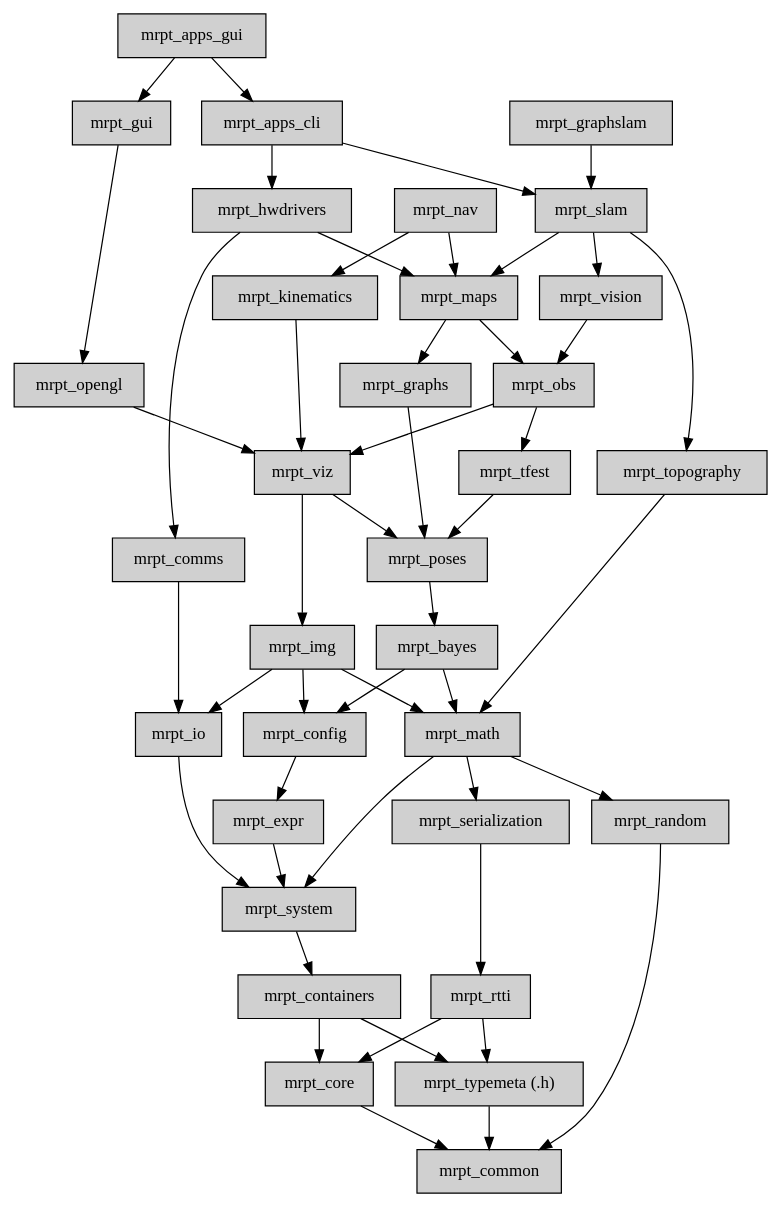
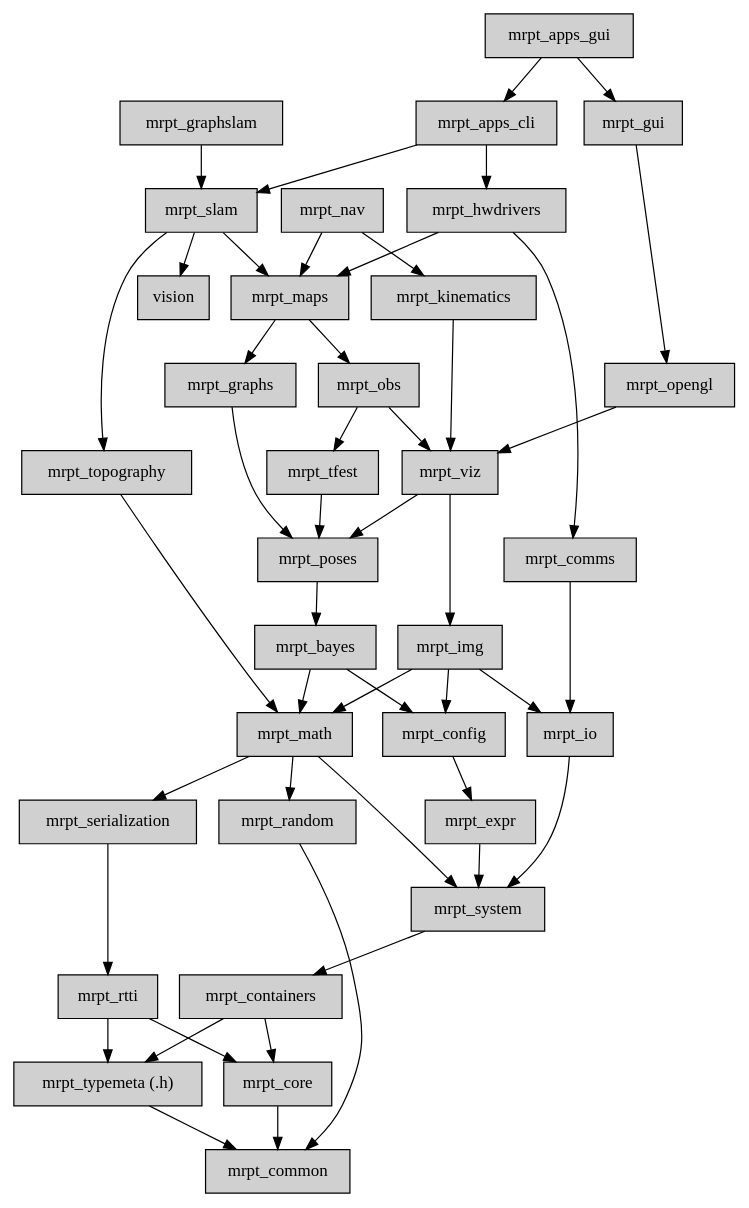
One commit to MRPT/mrpt changed the diagram in doc/source/images/graph_mrpt_libs.dot. Above: the diagram before and after it, drawn with Graphviz. The commit also changed 147 other files, not shown here.

Commit message:
Complete removal of mrpt::vision (will move interesting features to mola_vision)

```diff
--- a/doc/source/images/graph_mrpt_libs.dot
+++ b/doc/source/images/graph_mrpt_libs.dot
@@ -1,116 +1,113 @@
 digraph MRPT_LIBS {
 
 	node [shape=box,style=filled, fillcolor="#D0D0D0"];
 
 	common [label="mrpt_common",URL="mrpt_common.html"];
 
 	apps_gui [label="mrpt_apps_gui",URL="group_mrpt_apps_gui_grp.html"];
 	apps_gui -> apps_cli;
 	apps_gui -> gui;
 
 	apps_cli [label="mrpt_apps_cli",URL="group_mrpt_apps_cli_grp.html"];
 	apps_cli -> slam;
 	apps_cli -> hwdrivers;
 
 	bayes [label="mrpt_bayes",URL="group_mrpt_bayes_grp.html"];
 	bayes -> math;
 	bayes -> config;
 
 	comms [label="mrpt_comms",URL="group_mrpt_comms_grp.html"];
 	comms -> io;
 
 	config   [label="mrpt_config",URL="group_mrpt_config_grp.html"];
 	config -> expr;
 
 	containers  [label="mrpt_containers",URL="group_mrpt_containers_grp.html"];
 	containers -> core;
 	containers -> typemeta;
 
 	core       [label="mrpt_core",URL="group_mrpt_core_grp.html"];
 	core -> common;
 
 	expr       [label="mrpt_expr",URL="group_mrpt_expr_grp.html"];
 	expr -> system;
 
 	graphs     [label="mrpt_graphs",URL="group_mrpt_graphs_grp.html"];
 	graphs -> poses;
 
 	graphslam  [label="mrpt_graphslam",URL="group_mrpt_graphslam_grp.html"];
 	graphslam -> slam;
 
 	gui        [label="mrpt_gui",URL="group_mrpt_gui_grp.html"];
 	gui -> opengl;
 
 	viz        [label="mrpt_viz",URL="group_mrpt_viz_grp.html"];
 	viz -> poses;
 	viz -> img;
 
 	hwdrivers  [label="mrpt_hwdrivers",URL="group_mrpt_hwdrivers_grp.html"];
 	hwdrivers -> comms;
 	hwdrivers -> maps;
 
 	img [label="mrpt_img",URL="group_mrpt_img_grp.html"];
 	img  -> io;
 	img  -> math;
 	img  -> config;
 
 	io [label="mrpt_io",URL="group_mrpt_io_grp.html"];
 	io  -> system;
 
 	kinematics [label="mrpt_kinematics",URL="group_mrpt_kinematics_grp.html"];
 	kinematics -> viz;
 
 	maps       [label="mrpt_maps",URL="group_mrpt_maps_grp.html"];
 	maps -> graphs;
 	maps -> obs;
 
 	math       [label="mrpt_math",URL="group_mrpt_math_grp.html"];
 	math -> serialization;
 	math -> random;
 	math -> system;
 
 	nav        [label="mrpt_nav",URL="group_mrpt_nav_grp.html"];
 	nav -> kinematics;
 	nav -> maps;
 
 	obs        [label="mrpt_obs",URL="group_mrpt_obs_grp.html"];
 	obs -> viz;
 	obs -> tfest;
 
 	opengl     [label="mrpt_opengl", URL="group_mrpt_opengl_grp.html"];
 	opengl -> viz;
 
 	poses     [label="mrpt_poses",URL="group_mrpt_poses_grp.html"];
 	poses -> bayes;
 
 	random     [label="mrpt_random",URL="group_mrpt_random_grp.html"];
 	random -> common;
 
 	rtti     [label="mrpt_rtti",URL="group_mrpt_rtti_grp.html"];
 	rtti -> core;
 	rtti -> typemeta;
 
 	serialization [label="mrpt_serialization",URL="group_mrpt_serialization_grp.html"];
 	serialization -> rtti;
 
 	slam       [label="mrpt_slam",URL="group_mrpt_slam_grp.html"];
 	slam -> maps;
 	slam -> vision;
 	slam -> topography;
 
 	system     [label="mrpt_system",URL="group_mrpt_system_grp.html"];
 	system -> containers;
 
 	tfest      [label="mrpt_tfest",URL="group_mrpt_tfest_grp.html"];
 	tfest -> poses;
 
 	topography [label="mrpt_topography",URL="group_mrpt_topography_grp.html"];
 	topography -> math;
 
 	typemeta [label="mrpt_typemeta (.h)",URL="group_mrpt_typemeta_grp.html"];
 	typemeta -> common;
 
-	vision     [label="mrpt_vision",URL="group_mrpt_vision_grp.html"];
-	vision -> obs;
-
 }
```
